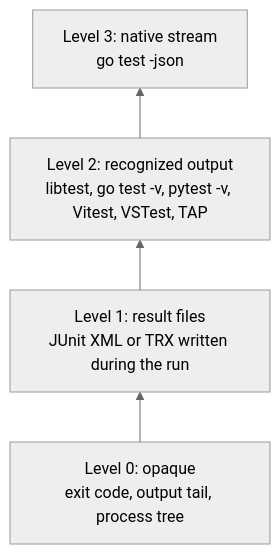
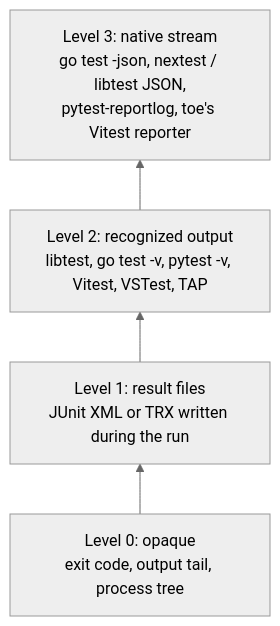
Before and after one commit to fals/prova: the third of 6 diagrams in docs/architecture.md, drawn with Mermaid (neutral theme). The commit also changed other lines of this file and 6 other files, not shown here.

First line of the commit message:
Test toe at full fidelity and document native streams

````diff
--- a/docs/architecture.md
+++ b/docs/architecture.md
@@ -117,8 +117,8 @@
 ```mermaid
 flowchart BT
     L0["Level 0: opaque<br/>exit code, output tail, process tree"]
     L1["Level 1: result files<br/>JUnit XML or TRX written during the run"]
     L2["Level 2: recognized output<br/>libtest, go test -v, pytest -v, Vitest, VSTest, TAP"]
-    L3["Level 3: native stream<br/>go test -json"]
+    L3["Level 3: native stream<br/>go test -json, nextest / libtest JSON,<br/>pytest-reportlog, toe's Vitest reporter"]
     L0 --> L1 --> L2 --> L3
 ```
````
